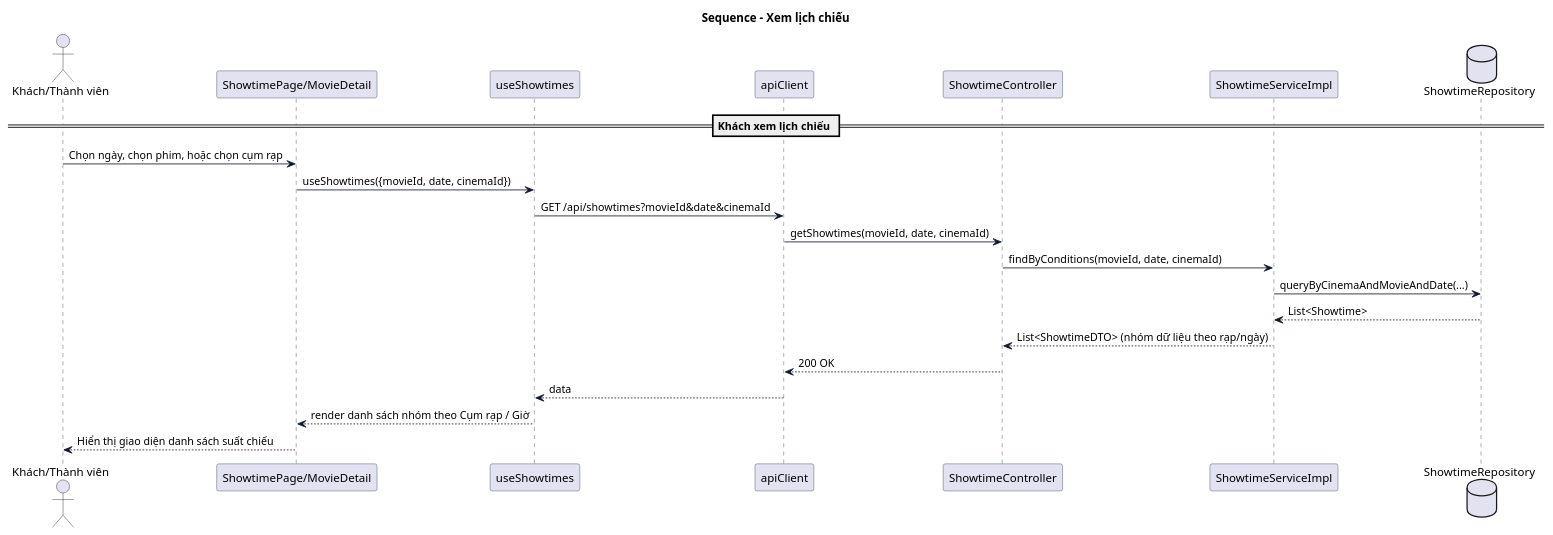
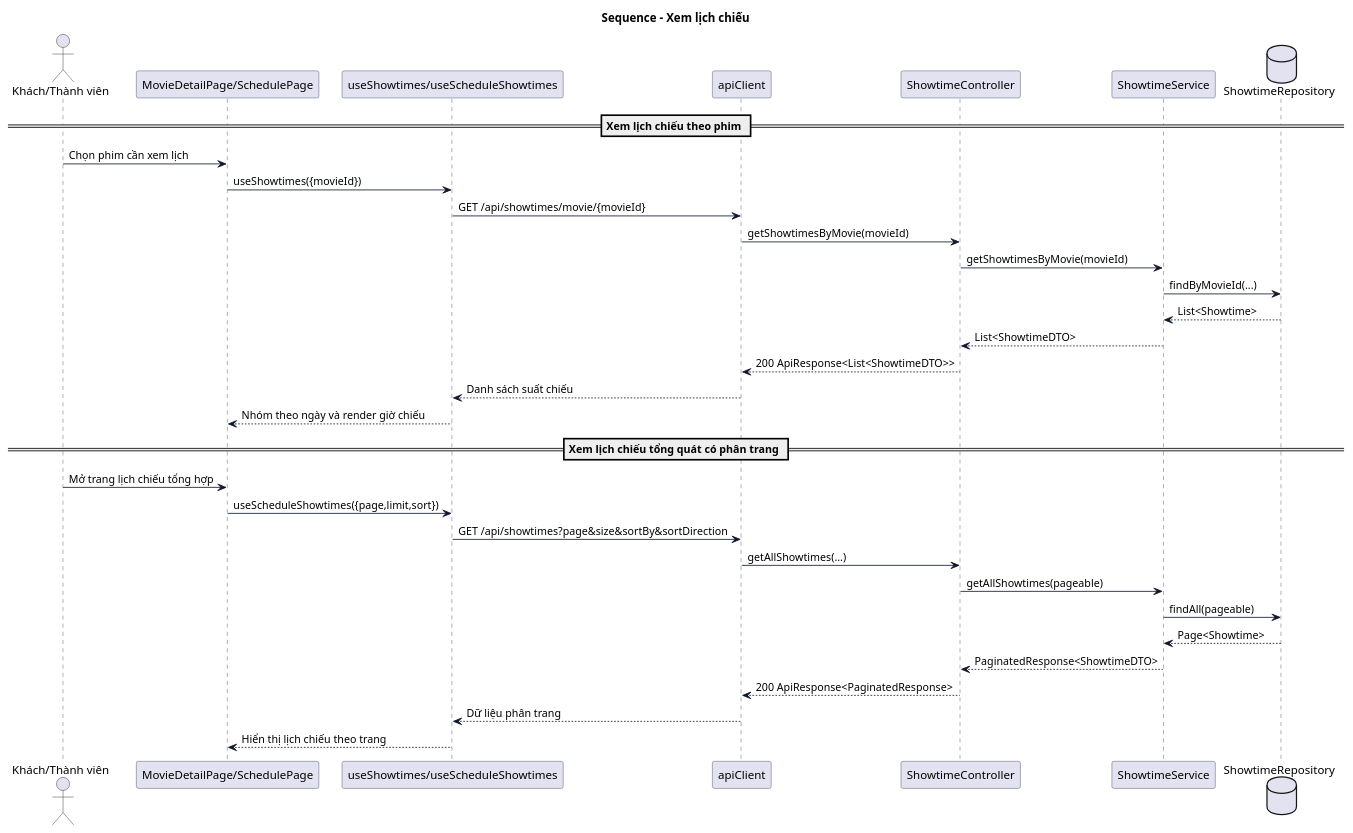
The diagram in uml/sequence/sequence-view-showtimes.puml (minhat5/MeCinema), drawn with PlantUML before and after one commit. The commit also changed 25 other files, not shown here.

Commit message:
add full uml

```diff
--- a/uml/sequence/sequence-view-showtimes.puml
+++ b/uml/sequence/sequence-view-showtimes.puml
@@ -1,33 +1,45 @@
 @startuml
 skinparam shadowing false
 skinparam sequence {
   ArrowColor #0F172A
   LifeLineBorderColor #334155
   LifeLineBackgroundColor #F8FAFC
   ParticipantBorderColor #334155
 }
 
 title Sequence - Xem lịch chiếu
 
 actor User as "Khách/Thành viên"
-participant UI as "ShowtimePage/MovieDetail"
-participant Hook as "useShowtimes"
+participant UI as "MovieDetailPage/SchedulePage"
+participant Hook as "useShowtimes/useScheduleShowtimes"
 participant API as "apiClient"
 participant Ctl as "ShowtimeController"
-participant Svc as "ShowtimeServiceImpl"
+participant Svc as "ShowtimeService"
 database Repo as "ShowtimeRepository"
 
-== Khách xem lịch chiếu ==
-User -> UI: Chọn ngày, chọn phim, hoặc chọn cụm rạp
-UI -> Hook: useShowtimes({movieId, date, cinemaId})
-Hook -> API: GET /api/showtimes?movieId&date&cinemaId
-API -> Ctl: getShowtimes(movieId, date, cinemaId)
-Ctl -> Svc: findByConditions(movieId, date, cinemaId)
-Svc -> Repo: queryByCinemaAndMovieAndDate(...)
+== Xem lịch chiếu theo phim ==
+User -> UI: Chọn phim cần xem lịch
+UI -> Hook: useShowtimes({movieId})
+Hook -> API: GET /api/showtimes/movie/{movieId}
+API -> Ctl: getShowtimesByMovie(movieId)
+Ctl -> Svc: getShowtimesByMovie(movieId)
+Svc -> Repo: findByMovieId(...)
 Repo --> Svc: List<Showtime>
-Svc --> Ctl: List<ShowtimeDTO> (nhóm dữ liệu theo rạp/ngày)
-Ctl --> API: 200 OK
-API --> Hook: data
-Hook --> UI: render danh sách nhóm theo Cụm rạp / Giờ
-UI --> User: Hiển thị giao diện danh sách suất chiếu
+Svc --> Ctl: List<ShowtimeDTO>
+Ctl --> API: 200 ApiResponse<List<ShowtimeDTO>>
+API --> Hook: Danh sách suất chiếu
+Hook --> UI: Nhóm theo ngày và render giờ chiếu
+
+== Xem lịch chiếu tổng quát có phân trang ==
+User -> UI: Mở trang lịch chiếu tổng hợp
+UI -> Hook: useScheduleShowtimes({page,limit,sort})
+Hook -> API: GET /api/showtimes?page&size&sortBy&sortDirection
+API -> Ctl: getAllShowtimes(...)
+Ctl -> Svc: getAllShowtimes(pageable)
+Svc -> Repo: findAll(pageable)
+Repo --> Svc: Page<Showtime>
+Svc --> Ctl: PaginatedResponse<ShowtimeDTO>
+Ctl --> API: 200 ApiResponse<PaginatedResponse>
+API --> Hook: Dữ liệu phân trang
+Hook --> UI: Hiển thị lịch chiếu theo trang
 @enduml
```
